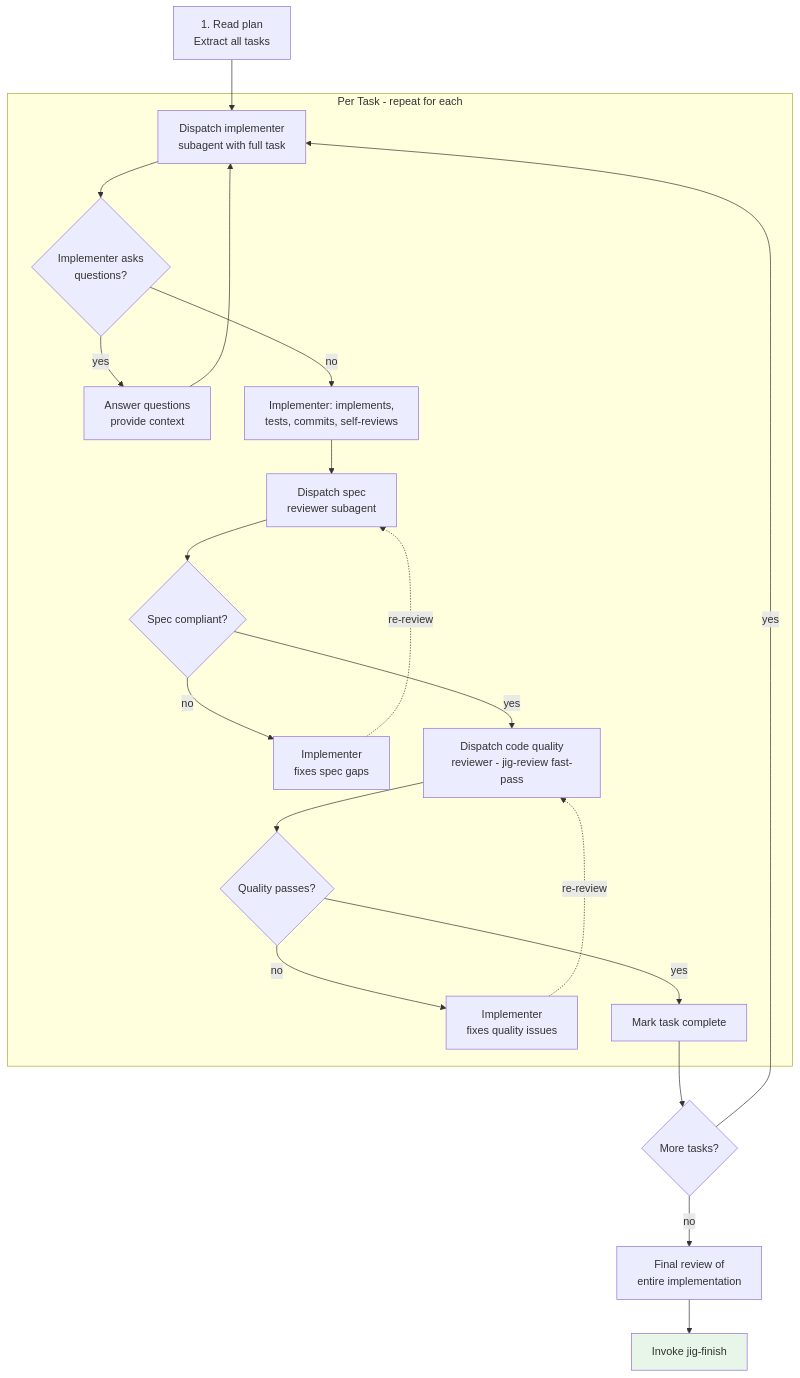
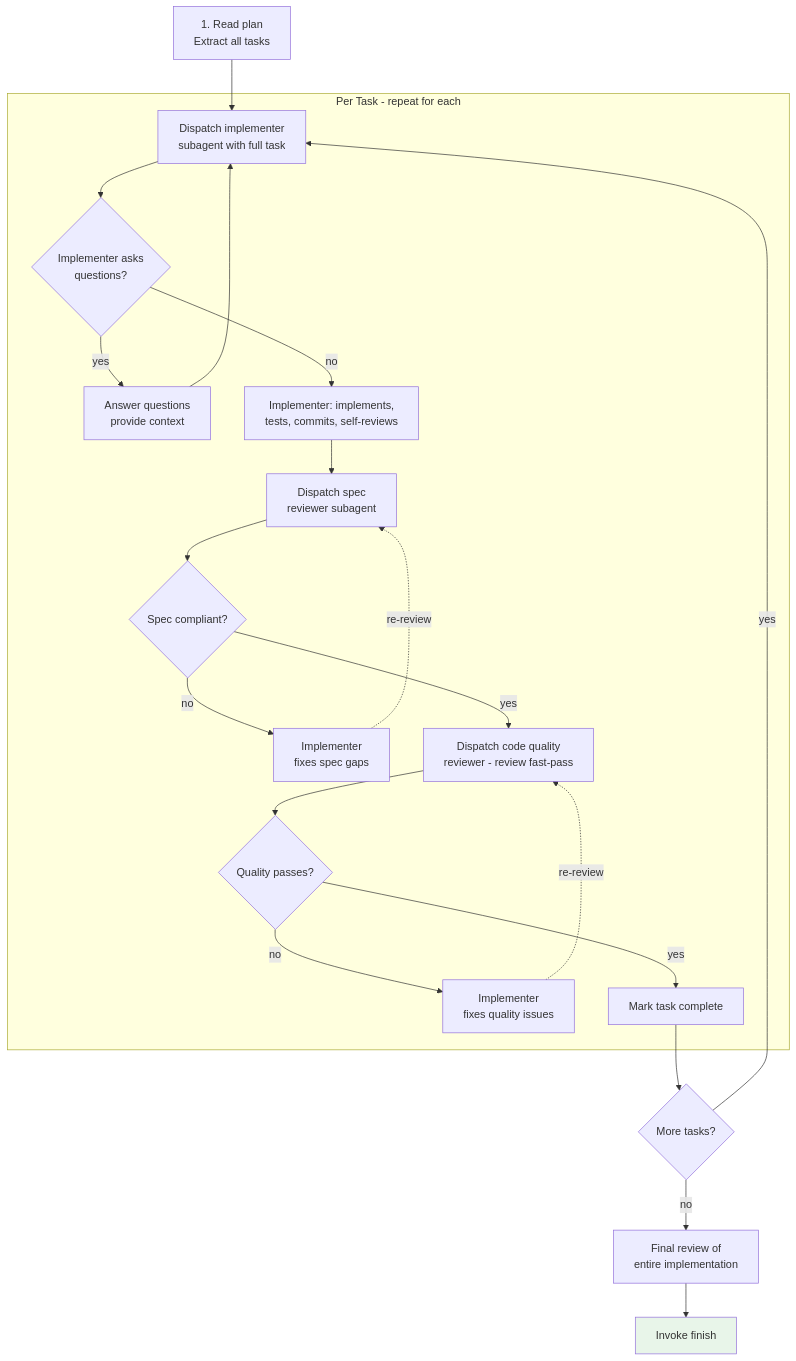
The second of 2 diagrams in core/skills/sdd/SKILL.md (CasaPerks/casaflow), drawn with Mermaid before and after one commit. The commit also changed other lines of this file and 29 other files, not shown here.

````diff
--- a/core/skills/sdd/SKILL.md
+++ b/core/skills/sdd/SKILL.md
@@ -52,23 +52,23 @@
 ```mermaid
 flowchart TD
     read_plan[1. Read plan<br/>Extract all tasks] --> dispatch
 
     subgraph per_task [Per Task - repeat for each]
         dispatch[Dispatch implementer<br/>subagent with full task] --> questions{Implementer asks<br/>questions?}
         questions -->|yes| answer[Answer questions<br/>provide context] --> dispatch
         questions -->|no| implement[Implementer: implements,<br/>tests, commits, self-reviews]
         implement --> spec_review[Dispatch spec<br/>reviewer subagent]
         spec_review --> spec_pass{Spec compliant?}
         spec_pass -->|no| spec_fix[Implementer<br/>fixes spec gaps] -.->|re-review| spec_review
-        spec_pass -->|yes| quality_review[Dispatch code quality<br/>reviewer - jig-review fast-pass]
+        spec_pass -->|yes| quality_review[Dispatch code quality<br/>reviewer - review fast-pass]
         quality_review --> quality_pass{Quality passes?}
         quality_pass -->|no| quality_fix[Implementer<br/>fixes quality issues] -.->|re-review| quality_review
         quality_pass -->|yes| task_done[Mark task complete]
     end
 
     task_done --> more{More tasks?}
     more -->|yes| dispatch
     more -->|no| final_review[Final review of<br/>entire implementation]
-    final_review --> finish[Invoke jig-finish]
+    final_review --> finish[Invoke finish]
     style finish fill:#e8f5e9
 ```
````
